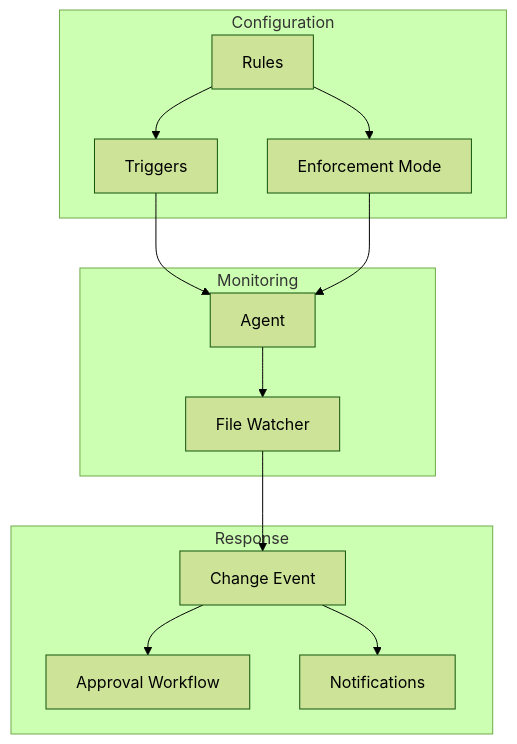
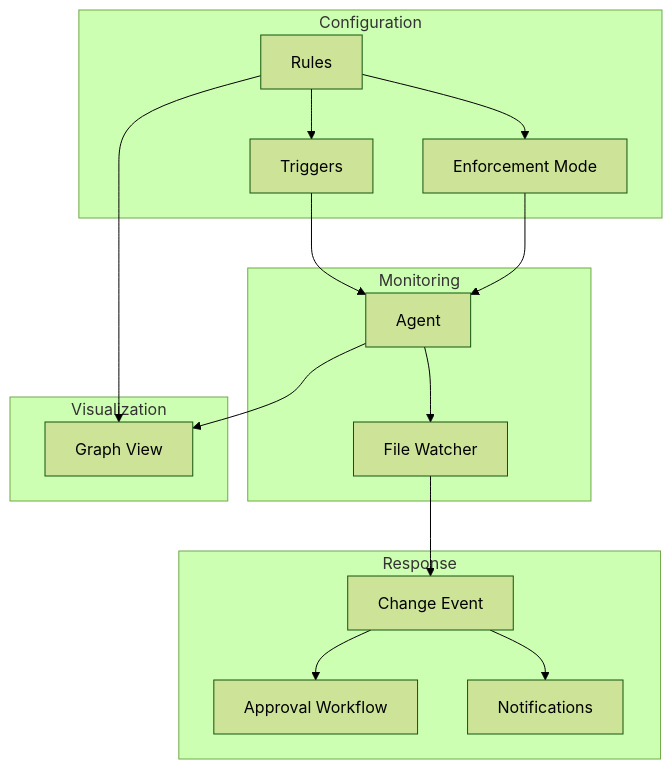
Before and after one commit to kamilrybacki/edictflow: the diagram in docs/features/index.md, drawn with Mermaid (forest theme). The commit also changed other lines of this file and 43 other files, not shown here.

````diff
--- a/docs/features/index.md
+++ b/docs/features/index.md
@@ -76,28 +86,34 @@
 ```mermaid
 graph TB
     subgraph "Configuration"
         Rule[Rules]
         Trigger[Triggers]
         Enforce[Enforcement Mode]
     end
 
     subgraph "Monitoring"
         Agent[Agent]
         Watch[File Watcher]
     end
 
     subgraph "Response"
         Change[Change Event]
         Approve[Approval Workflow]
         Notify[Notifications]
     end
 
+    subgraph "Visualization"
+        Graph[Graph View]
+    end
+
     Rule --> Trigger
     Rule --> Enforce
     Trigger --> Agent
     Enforce --> Agent
     Agent --> Watch
     Watch --> Change
     Change --> Approve
     Change --> Notify
+    Rule --> Graph
+    Agent --> Graph
 ```
````
